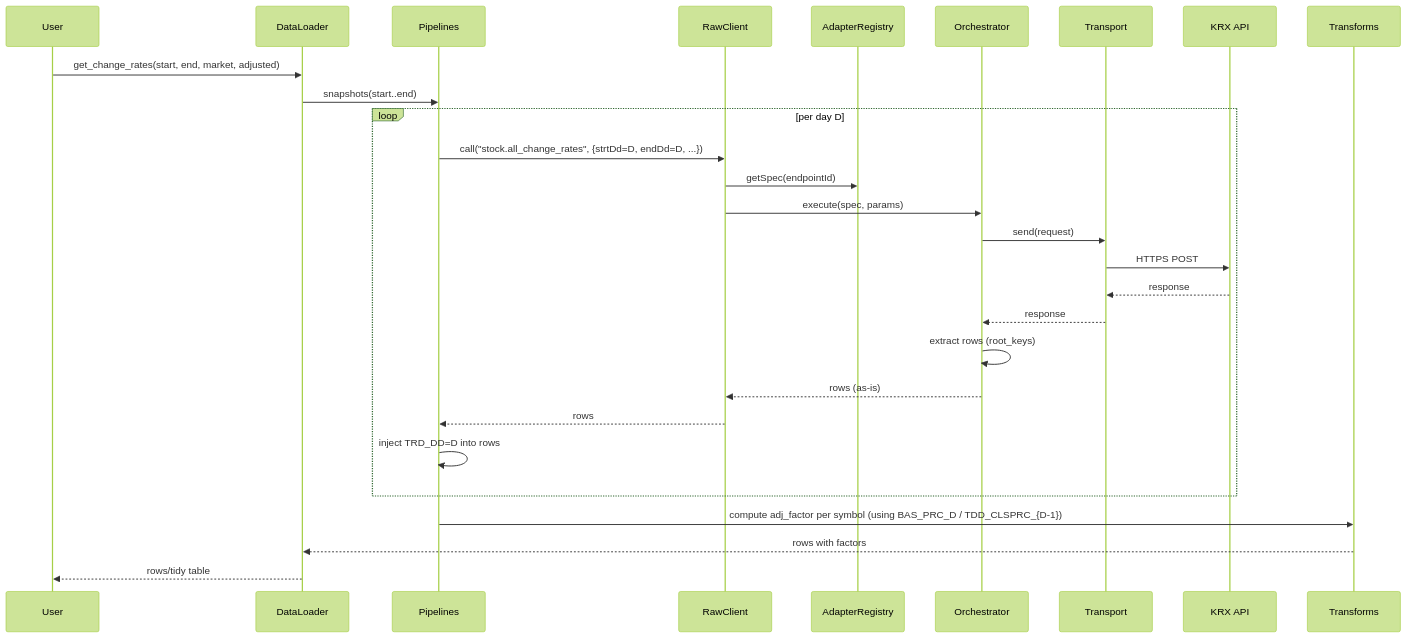
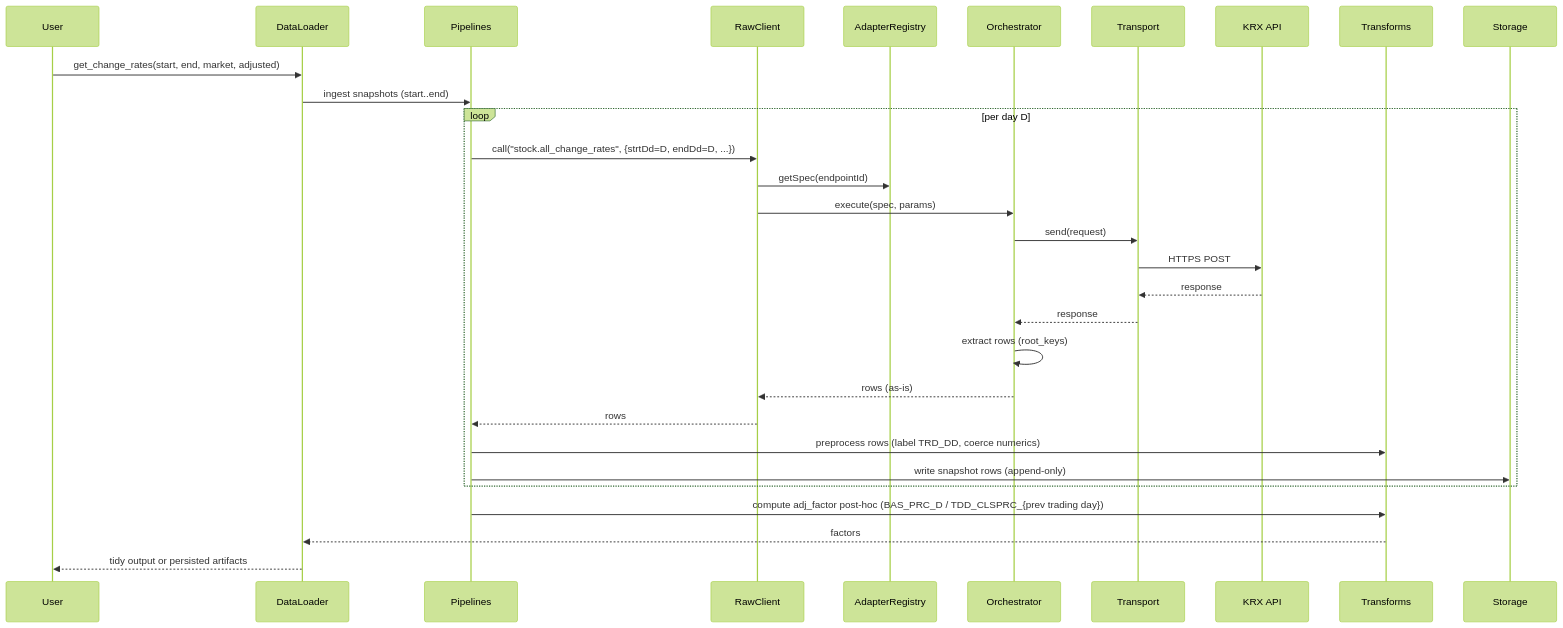
One commit to jaepil-choi/krx-quant-dataloader changed the fifth of 6 diagrams in docs/vibe_coding/architecture.md. Above: the diagram before and after it, drawn with Mermaid (forest theme). The commit also changed other lines of this file and 13 other files, not shown here.

````diff
--- a/docs/vibe_coding/architecture.md
+++ b/docs/vibe_coding/architecture.md
@@ -211,30 +223,31 @@
 ```mermaid
 sequenceDiagram
     participant User
     participant DataLoader
     participant Pipelines
     participant RawClient
     participant Registry as AdapterRegistry
     participant Orchestrator
     participant Transport
     participant KRX as KRX API
 
     User->>DataLoader: get_change_rates(start, end, market, adjusted)
-    DataLoader->>Pipelines: snapshots(start..end)
+    DataLoader->>Pipelines: ingest snapshots (start..end)
     loop per day D
         Pipelines->>RawClient: call("stock.all_change_rates", {strtDd=D, endDd=D, ...})
         RawClient->>Registry: getSpec(endpointId)
         RawClient->>Orchestrator: execute(spec, params)
         Orchestrator->>Transport: send(request)
         Transport->>KRX: HTTPS POST
         KRX-->>Transport: response
         Transport-->>Orchestrator: response
         Orchestrator->>Orchestrator: extract rows (root_keys)
         Orchestrator-->>RawClient: rows (as-is)
         RawClient-->>Pipelines: rows
-        Pipelines->>Pipelines: inject TRD_DD=D into rows
+        Pipelines->>Transforms: preprocess rows (label TRD_DD, coerce numerics)
+        Pipelines->>Storage: write snapshot rows (append-only)
     end
-    Pipelines->>Transforms: compute adj_factor per symbol (using BAS_PRC_D / TDD_CLSPRC_{D-1})
-    Transforms-->>DataLoader: rows with factors
-    DataLoader-->>User: rows/tidy table
+    Pipelines->>Transforms: compute adj_factor post‑hoc (BAS_PRC_D / TDD_CLSPRC_{prev trading day})
+    Transforms-->>DataLoader: factors
+    DataLoader-->>User: tidy output or persisted artifacts
 ```
````
